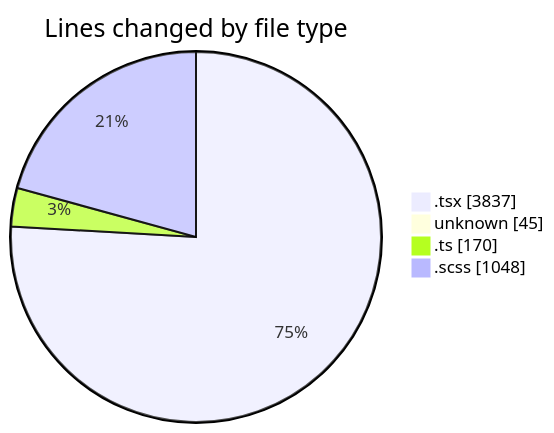
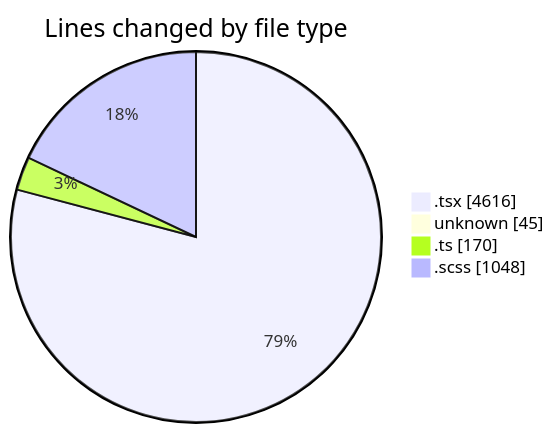
Before and after one commit to momahboobian/code-tracking: the first of 2 diagrams in 2025-09-01/cda/README.md, drawn with Mermaid. The commit also changed other lines of this file and 1 other file, not shown here.

````diff
--- a/2025-09-01/cda/README.md
+++ b/2025-09-01/cda/README.md
@@ -29,8 +30,8 @@
 ```mermaid
 pie showData
 title Lines changed by file type
-".tsx" : 3837
+".tsx" : 4616
 "unknown" : 45
 ".ts" : 170
 ".scss" : 1048
 ```
````
